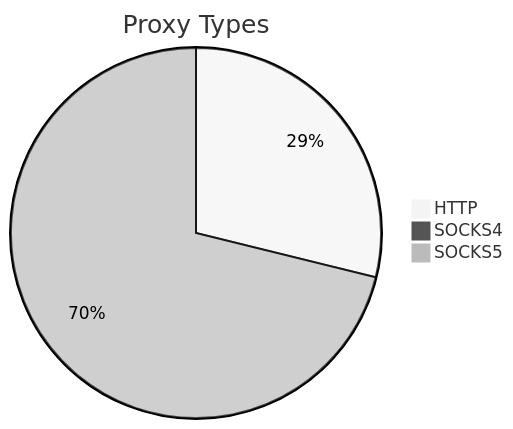
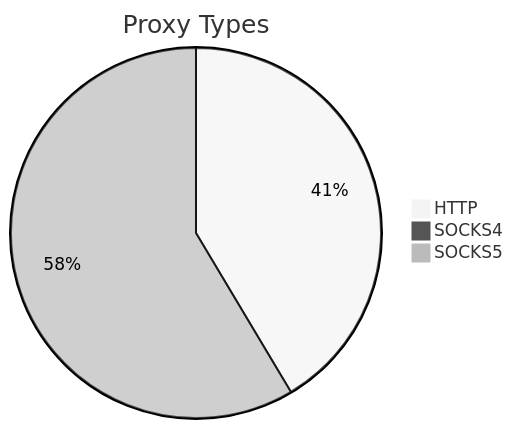
The first of 2 diagrams in README.md (stormsia/proxy-list), drawn with Mermaid (neutral theme) before and after one commit. The commit also changed other lines of this file, not shown here.

````diff
--- a/README.md
+++ b/README.md
@@ -21,6 +21,6 @@
 ```mermaid
 pie title Proxy Types
-    "HTTP" : 845
-    "SOCKS4" : 28
-    "SOCKS5" : 2085
+    "HTTP" : 776
+    "SOCKS4" : 9
+    "SOCKS5" : 1097
 ```
````
